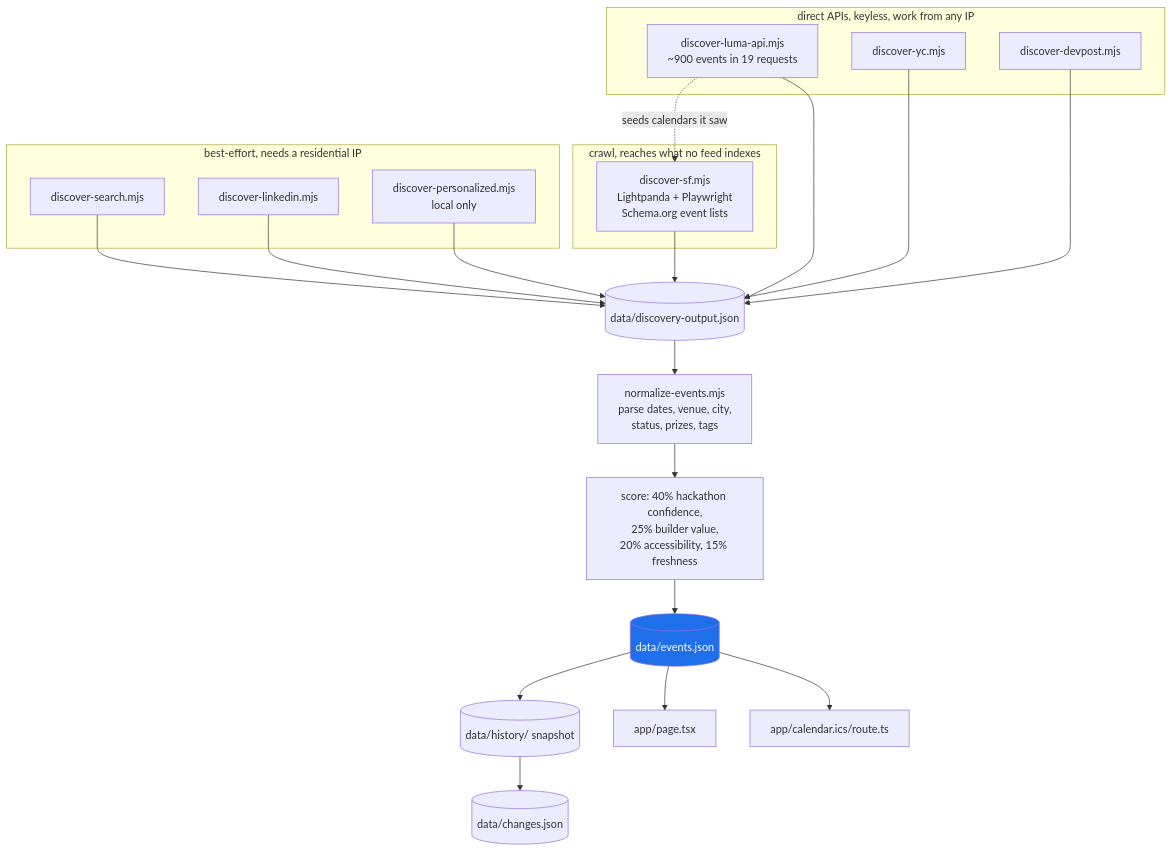
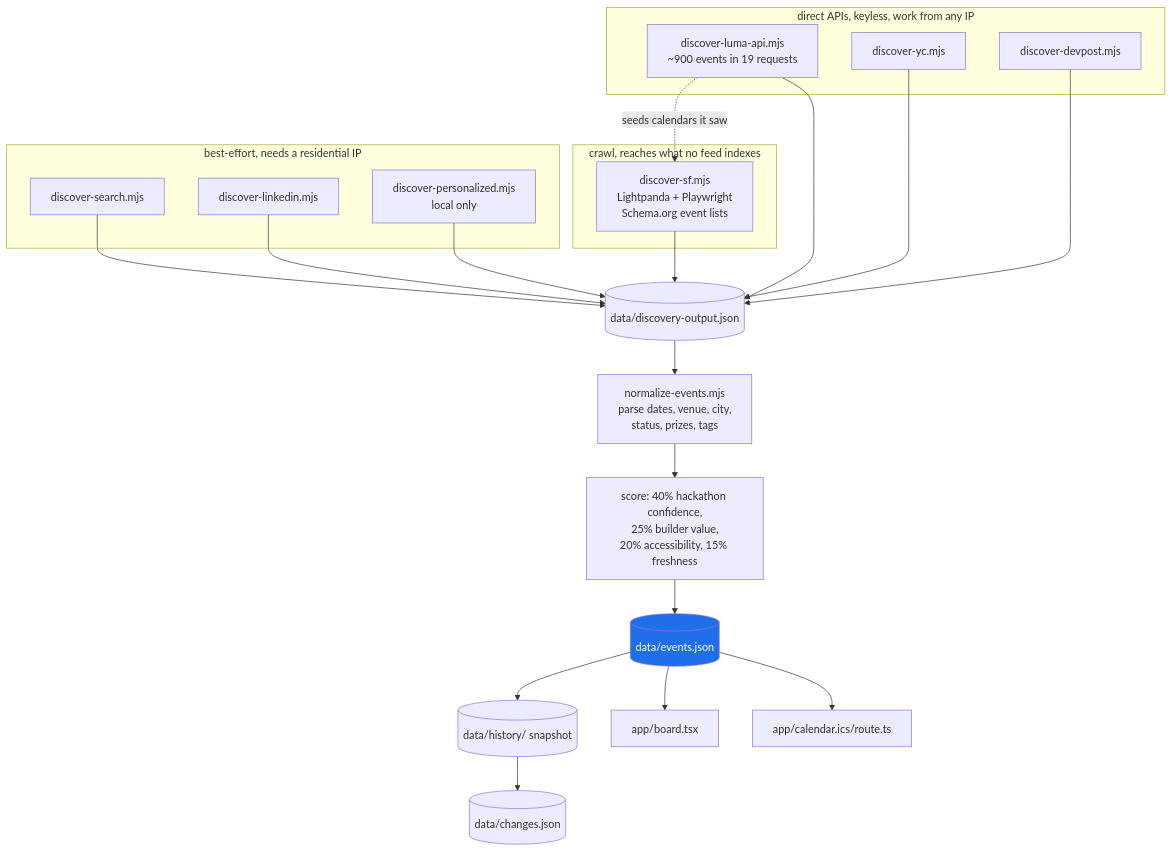
One commit to lgoyal6/hacklist changed the diagram in README.md. Above: the diagram before and after it, drawn with Mermaid. The commit also changed other lines of this file and 1 other file, not shown here.

First line of the commit message:
docs: the Languages section, and paths that moved with the board

````diff
--- a/README.md
+++ b/README.md
@@ -85,27 +85,27 @@
 ```mermaid
 flowchart TD
   subgraph direct["direct APIs, keyless, work from any IP"]
     L["discover-luma-api.mjs<br/>~900 events in 19 requests"]
     Y["discover-yc.mjs"]
     D["discover-devpost.mjs"]
   end
   subgraph crawl["crawl, reaches what no feed indexes"]
     SF["discover-sf.mjs<br/>Lightpanda + Playwright<br/>Schema.org event lists"]
   end
   subgraph best["best-effort, needs a residential IP"]
     SE["discover-search.mjs"]
     LI["discover-linkedin.mjs"]
     PE["discover-personalized.mjs<br/>local only"]
   end
   L -.->|"seeds calendars it saw"| SF
   L & Y & D & SF & SE & LI & PE --> RAW[("data/discovery-output.json")]
   RAW --> NORM["normalize-events.mjs<br/>parse dates, venue, city,<br/>status, prizes, tags"]
   NORM --> SCORE["score: 40% hackathon confidence,<br/>25% builder value,<br/>20% accessibility, 15% freshness"]
   SCORE --> EV[("data/events.json")]
   EV --> SNAP[("data/history/ snapshot")]
   SNAP --> DIFF[("data/changes.json")]
-  EV --> SITE["app/page.tsx"]
+  EV --> SITE["app/board.tsx"]
   EV --> ICS["app/calendar.ics/route.ts"]
 
   style EV fill:#1f6feb,color:#fff
 ```
````
